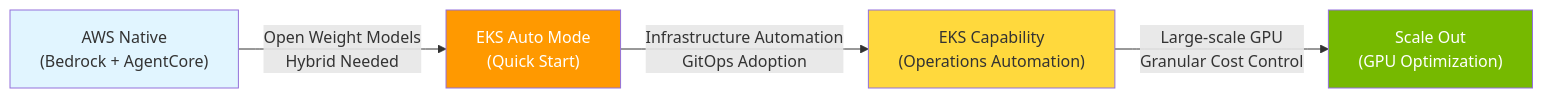
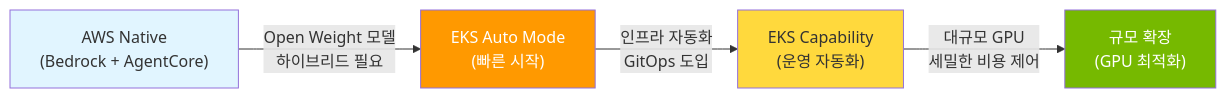
One commit to devfloor9/engineering-playbook changed diagram 11 of 11 in i18n/en/docusaurus-plugin-content-docs/current/agentic-ai-platform/design-architecture/agentic-ai-solutions-eks.md. Above: the diagram before and after it, drawn with Mermaid. The commit also changed other lines of this file and 6 other files, not shown here.

````diff
--- a/i18n/en/docusaurus-plugin-content-docs/current/agentic-ai-platform/design-architecture/agentic-ai-solutions-eks.md
+++ b/i18n/en/docusaurus-plugin-content-docs/current/agentic-ai-platform/design-architecture/agentic-ai-solutions-eks.md
@@ -695,16 +634,16 @@
 ```mermaid
 graph LR
     START["AWS Native<br/>(Bedrock + AgentCore)"]
-    AUTO["EKS Auto Mode<br/>(Quick Start)"]
-    CAP["EKS Capability<br/>(Operations Automation)"]
-    SCALE["Scale Out<br/>(GPU Optimization)"]
+    AUTO["EKS Auto Mode<br/>(빠른 시작)"]
+    CAP["EKS Capability<br/>(운영 자동화)"]
+    SCALE["규모 확장<br/>(GPU 최적화)"]
 
-    START -->|"Open Weight Models<br/>Hybrid Needed"| AUTO
-    AUTO -->|"Infrastructure Automation<br/>GitOps Adoption"| CAP
-    CAP -->|"Large-scale GPU<br/>Granular Cost Control"| SCALE
+    START -->|"Open Weight 모델<br/>하이브리드 필요"| AUTO
+    AUTO -->|"인프라 자동화<br/>GitOps 도입"| CAP
+    CAP -->|"대규모 GPU<br/>세밀한 비용 제어"| SCALE
 
     style START fill:#e1f5ff
     style AUTO fill:#ff9900,color:#fff
     style CAP fill:#ffd93d
     style SCALE fill:#76b900,color:#fff
 ```
````
